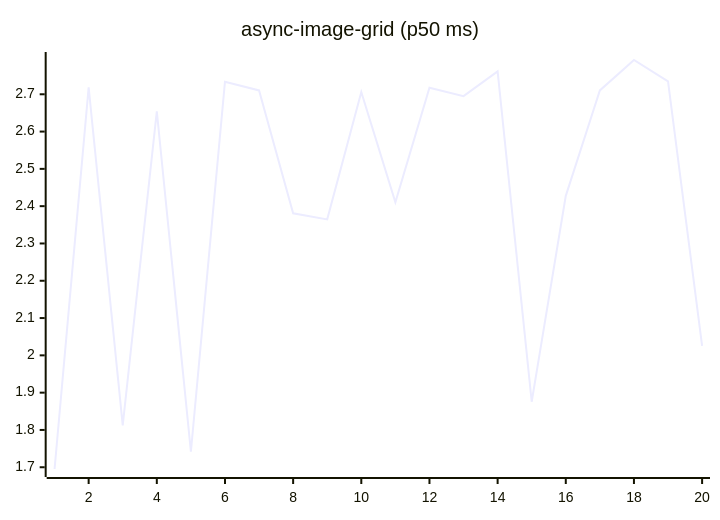
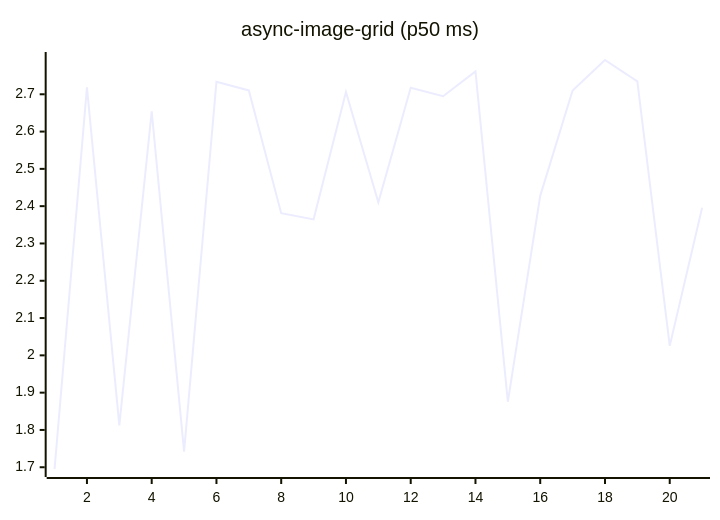
One commit to josha/Facet changed the fifth of 27 diagrams in README.md. Above: the diagram before and after it, drawn with Mermaid. The commit also changed other lines of this file and 2 other files, not shown here.

````diff
--- a/README.md
+++ b/README.md
@@ -91,6 +91,6 @@
 ```mermaid
 xychart-beta
     title "async-image-grid (p50 ms)"
-    x-axis 1 --> 20
-    line [1.6953, 2.7184, 1.8124, 2.6543, 1.7415, 2.7336, 2.7103, 2.3810, 2.3646, 2.7059, 2.4103, 2.7175, 2.6949, 2.7614, 1.8756, 2.4277, 2.7103, 2.7919, 2.7346, 2.0254]
+    x-axis 1 --> 21
+    line [1.6953, 2.7184, 1.8124, 2.6543, 1.7415, 2.7336, 2.7103, 2.3810, 2.3646, 2.7059, 2.4103, 2.7175, 2.6949, 2.7614, 1.8756, 2.4277, 2.7103, 2.7919, 2.7346, 2.0254, 2.3955]
 ```
````
